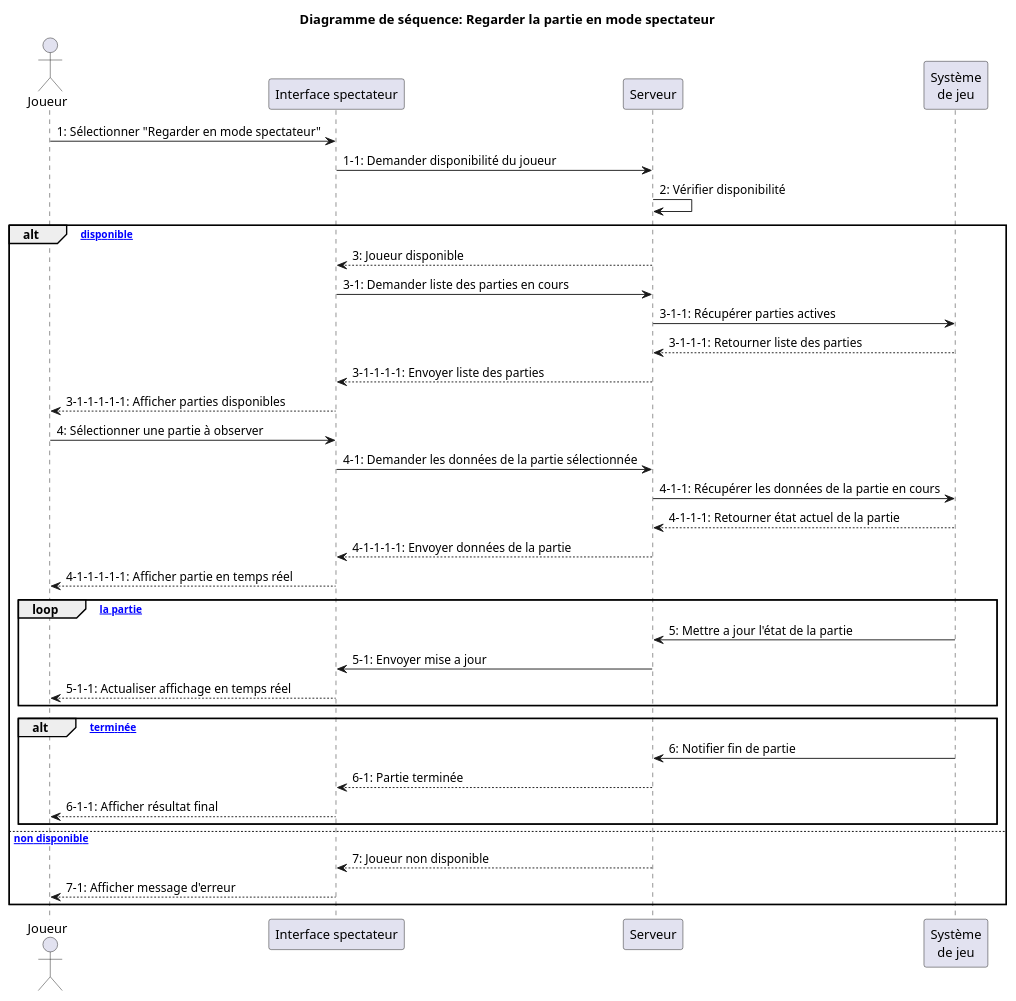
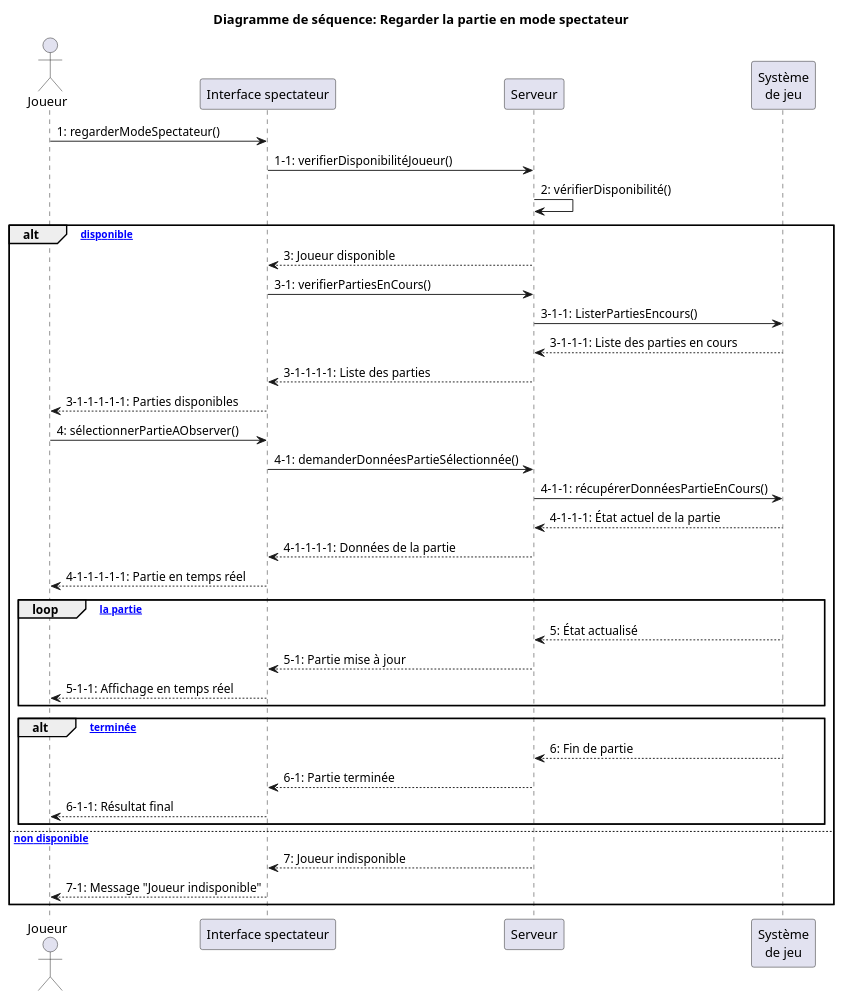
Before and after one commit to Al5uke/equipe9-inf5153-bataille-navale: the diagram in _models/sequence_diagram_watch_in_spectator_mode.puml, drawn with PlantUML.

Commit message:
Modification option voir partie en mode spectateur

```diff
--- a/_models/sequence_diagram_watch_in_spectator_mode.puml
+++ b/_models/sequence_diagram_watch_in_spectator_mode.puml
@@ -1,44 +1,43 @@
 @startuml
 title Diagramme de séquence: Regarder la partie en mode spectateur
 
 actor "Joueur" as Player
 participant "Interface spectateur" as UI
 participant "Serveur" as Server
 participant "Système\nde jeu" as GameSystem
 
-Player -> UI: 1: Sélectionner "Regarder en mode spectateur"
-UI -> Server: 1-1: Demander disponibilité du joueur
-Server -> Server: 2: Vérifier disponibilité
+Player -> UI: 1: regarderModeSpectateur()
+UI -> Server: 1-1: verifierDisponibilitéJoueur()
+Server -> Server: 2: vérifierDisponibilité()
 
 alt [Joueur disponible]
     Server --> UI: 3: Joueur disponible
-    UI -> Server: 3-1: Demander liste des parties en cours
-    Server -> GameSystem: 3-1-1: Récupérer parties actives
-    GameSystem --> Server: 3-1-1-1: Retourner liste des parties
-    Server --> UI: 3-1-1-1-1: Envoyer liste des parties
-    UI --> Player: 3-1-1-1-1-1: Afficher parties disponibles
+    UI -> Server: 3-1: verifierPartiesEnCours()
+    Server -> GameSystem: 3-1-1: ListerPartiesEncours()
+    GameSystem --> Server: 3-1-1-1: Liste des parties en cours
+    Server --> UI: 3-1-1-1-1: Liste des parties
+    UI --> Player: 3-1-1-1-1-1: Parties disponibles
     
-    Player -> UI: 4: Sélectionner une partie à observer
-    UI -> Server: 4-1: Demander les données de la partie sélectionnée
-    Server -> GameSystem: 4-1-1: Récupérer les données de la partie en cours
-    GameSystem --> Server: 4-1-1-1: Retourner état actuel de la partie
-    Server --> UI: 4-1-1-1-1: Envoyer données de la partie
-    UI --> Player: 4-1-1-1-1-1: Afficher partie en temps réel
+    Player -> UI: 4: sélectionnerPartieAObserver()
+    UI -> Server: 4-1: demanderDonnéesPartieSélectionnée()
+    Server -> GameSystem: 4-1-1: récupérerDonnéesPartieEnCours()
+    GameSystem --> Server: 4-1-1-1: État actuel de la partie
+    Server --> UI: 4-1-1-1-1: Données de la partie
+    UI --> Player: 4-1-1-1-1-1: Partie en temps réel
     
     loop [Pendant la partie]
-        GameSystem -> Server: 5: Mettre a jour l'état de la partie
-        Server -> UI: 5-1: Envoyer mise a jour
-        UI --> Player: 5-1-1: Actualiser affichage en temps réel
+        GameSystem --> Server: 5: État actualisé
+        Server --> UI: 5-1: Partie mise à jour
+        UI --> Player: 5-1-1: Affichage en temps réel
     end
     
     alt [Partie terminée]
-        GameSystem -> Server: 6: Notifier fin de partie
+        GameSystem --> Server: 6: Fin de partie
         Server --> UI: 6-1: Partie terminée
-        UI --> Player: 6-1-1: Afficher résultat final
+        UI --> Player: 6-1-1: Résultat final
     end
 else [Joueur non disponible]
-    Server --> UI: 7: Joueur non disponible
-    UI --> Player: 7-1: Afficher message d'erreur
+    Server --> UI: 7: Joueur indisponible
+    UI --> Player: 7-1: Message "Joueur indisponible"
 end
-
 @enduml
```
